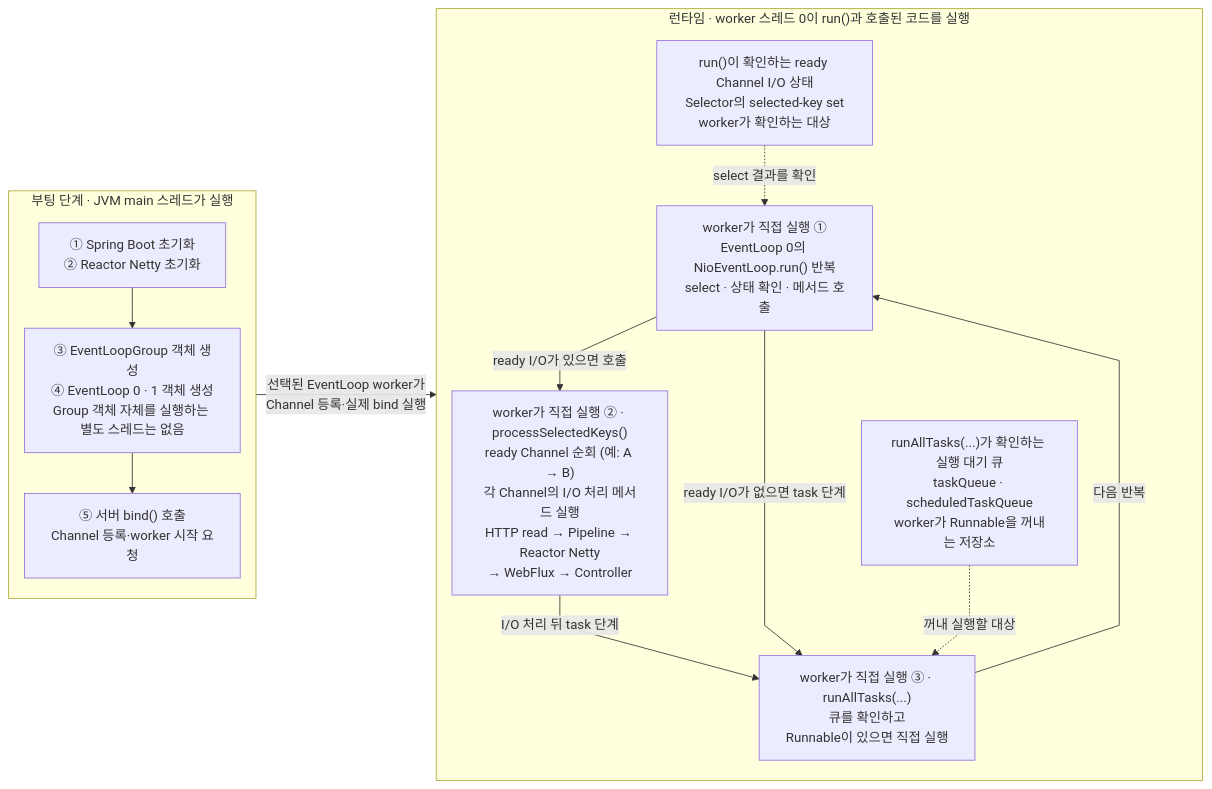
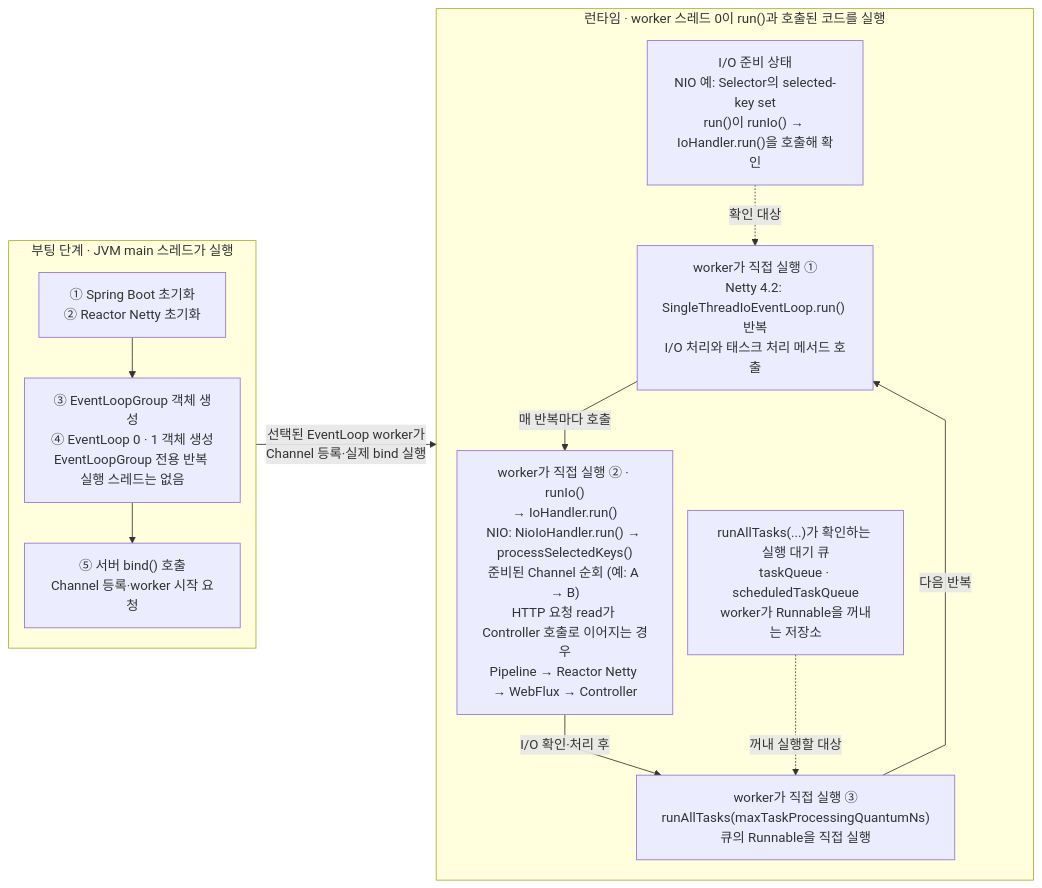
Before and after one commit to lee-gimoon/futures-paper-trading: the diagram in docs/frontend-study/webflux-netty-event-loop.md, drawn with Mermaid. The commit also changed other lines of this file, not shown here.

Commit message:
docs: align Netty event loop guide with 4.2

````diff
--- a/docs/frontend-study/webflux-netty-event-loop.md
+++ b/docs/frontend-study/webflux-netty-event-loop.md
@@ -48,31 +52,30 @@
 ```mermaid
 %%{init: {"themeVariables": {"fontSize": "16px"}, "flowchart": {"nodeSpacing": 18, "rankSpacing": 24, "curve": "linear", "subGraphTitleMargin": {"top": 0, "bottom": 14}}}}%%
 flowchart LR
   subgraph STARTUP["부팅 단계 · JVM main 스레드가 실행"]
     direction TB
     INIT["① Spring Boot 초기화<br/>② Reactor Netty 초기화"]
-    CREATE["③ EventLoopGroup 객체 생성<br/>④ EventLoop 0 · 1 객체 생성<br/>Group 객체 자체를 실행하는 별도 스레드는 없음"]
+    CREATE["③ EventLoopGroup 객체 생성<br/>④ EventLoop 0 · 1 객체 생성<br/>EventLoopGroup 전용 반복 실행 스레드는 없음"]
     REQUEST["⑤ 서버 bind() 호출<br/>Channel 등록·worker 시작 요청"]
     INIT --> CREATE --> REQUEST
   end
 
   subgraph RUNTIME["런타임 · worker 스레드 0이 run()과 호출된 코드를 실행"]
     direction TB
-    READY["run()이 확인하는 ready Channel I/O 상태<br/>Selector의 selected-key set<br/>worker가 확인하는 대상"]
+    READY["I/O 준비 상태<br/>NIO 예: Selector의 selected-key set<br/>run()이 runIo() → IoHandler.run()을 호출해 확인"]
     QUEUES["runAllTasks(...)가 확인하는 실행 대기 큐<br/>taskQueue · scheduledTaskQueue<br/>worker가 Runnable을 꺼내는 저장소"]
 
-    RUN["worker가 직접 실행 ①<br/>EventLoop 0의 NioEventLoop.run() 반복<br/>select · 상태 확인 · 메서드 호출"]
-    IO["worker가 직접 실행 ② · processSelectedKeys()<br/>ready Channel 순회 (예: A → B)<br/>각 Channel의 I/O 처리 메서드 실행<br/>HTTP read → Pipeline → Reactor Netty<br/>→ WebFlux → Controller"]
-    TASK["worker가 직접 실행 ③ · runAllTasks(...)<br/>큐를 확인하고<br/>Runnable이 있으면 직접 실행"]
+    RUN["worker가 직접 실행 ①<br/>Netty 4.2: SingleThreadIoEventLoop.run() 반복<br/>I/O 처리와 태스크 처리 메서드 호출"]
+    IO["worker가 직접 실행 ② · runIo()<br/>→ IoHandler.run()<br/>NIO: NioIoHandler.run() → processSelectedKeys()<br/>준비된 Channel 순회 (예: A → B)<br/>HTTP 요청 read가 Controller 호출로 이어지는 경우<br/>Pipeline → Reactor Netty → WebFlux → Controller"]
+    TASK["worker가 직접 실행 ③<br/>runAllTasks(maxTaskProcessingQuantumNs)<br/>큐의 Runnable을 직접 실행"]
 
-    RUN -->|"ready I/O가 있으면 호출"| IO
-    IO -->|"I/O 처리 뒤 task 단계"| TASK
-    RUN -->|"ready I/O가 없으면 task 단계"| TASK
+    RUN -->|"매 반복마다 호출"| IO
+    IO -->|"I/O 확인·처리 후"| TASK
     TASK -->|"다음 반복"| RUN
 
-    READY -.->|"select 결과를 확인"| RUN
+    READY -.->|"확인 대상"| RUN
     QUEUES -.->|"꺼내 실행할 대상"| TASK
   end
 
   STARTUP -->|"선택된 EventLoop worker가<br/>Channel 등록·실제 bind 실행"| RUNTIME
 ```
````
